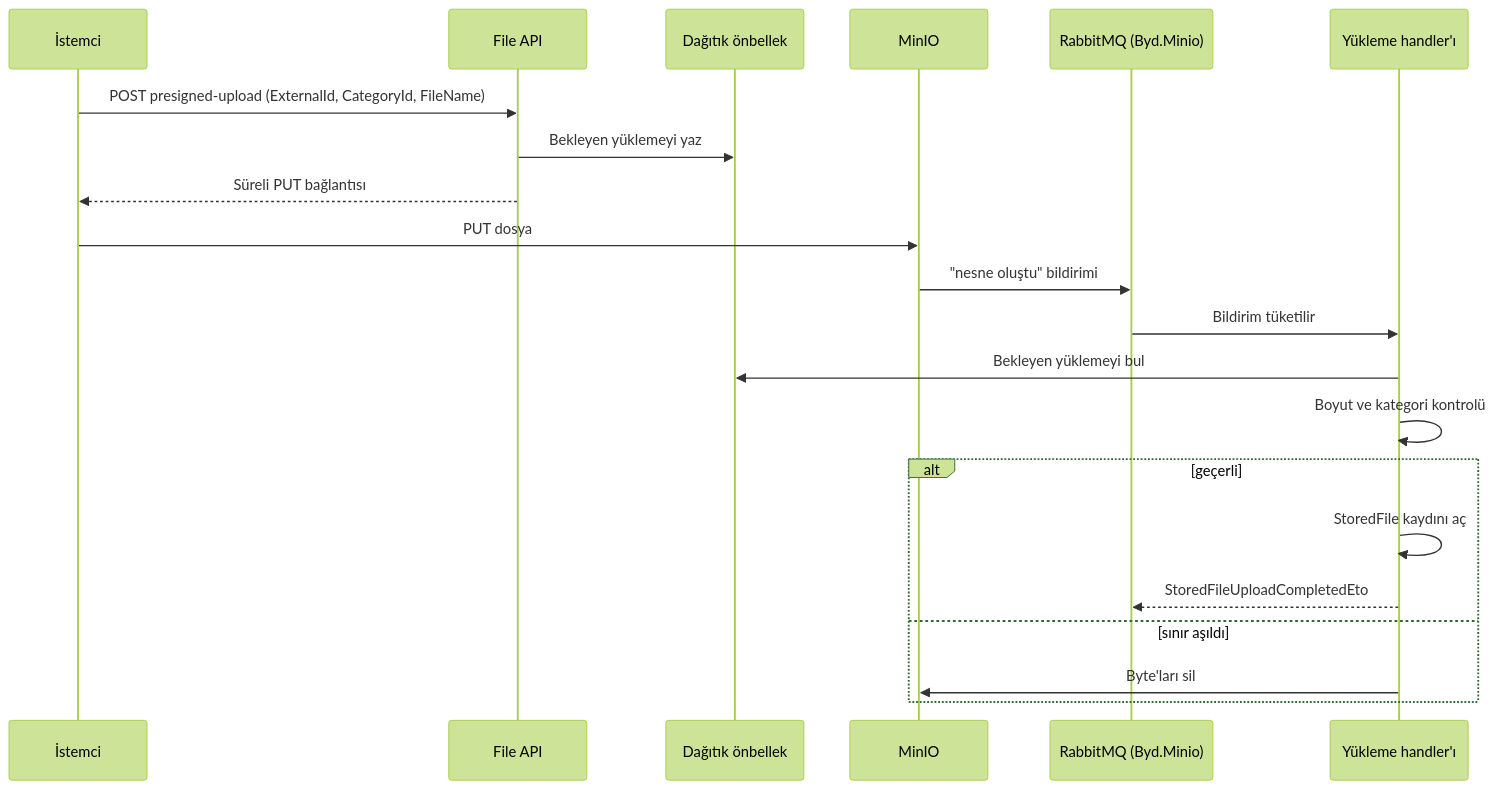
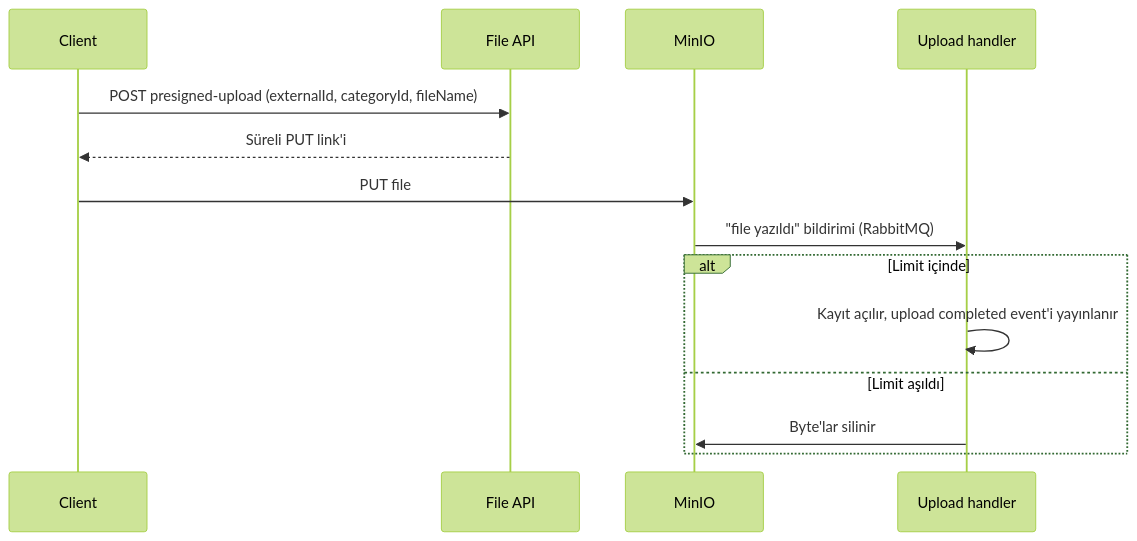
The second of 3 diagrams in README.md (mertbyd/byd-file-management-api), drawn with Mermaid (forest theme) before and after one commit. The commit also changed other lines of this file, not shown here.

````diff
--- a/README.md
+++ b/README.md
@@ -71,23 +46,16 @@
 ```mermaid
 sequenceDiagram
-    participant C as İstemci
+    participant C as Client
     participant API as File API
-    participant Cache as Dağıtık önbellek
     participant M as MinIO
-    participant R as RabbitMQ (Byd.Minio)
-    participant H as Yükleme handler'ı
-    C->>API: POST presigned-upload (ExternalId, CategoryId, FileName)
-    API->>Cache: Bekleyen yüklemeyi yaz
-    API-->>C: Süreli PUT bağlantısı
-    C->>M: PUT dosya
-    M->>R: "nesne oluştu" bildirimi
-    R->>H: Bildirim tüketilir
-    H->>Cache: Bekleyen yüklemeyi bul
-    H->>H: Boyut ve kategori kontrolü
-    alt geçerli
-        H->>H: StoredFile kaydını aç
-        H-->>R: StoredFileUploadCompletedEto
-    else sınır aşıldı
-        H->>M: Byte'ları sil
+    participant H as Upload handler
+    C->>API: POST presigned-upload (externalId, categoryId, fileName)
+    API-->>C: Süreli PUT link'i
+    C->>M: PUT file
+    M->>H: "file yazıldı" bildirimi (RabbitMQ)
+    alt Limit içinde
+        H->>H: Kayıt açılır, upload completed event'i yayınlanır
+    else Limit aşıldı
+        H->>M: Byte'lar silinir
     end
 ```
````
